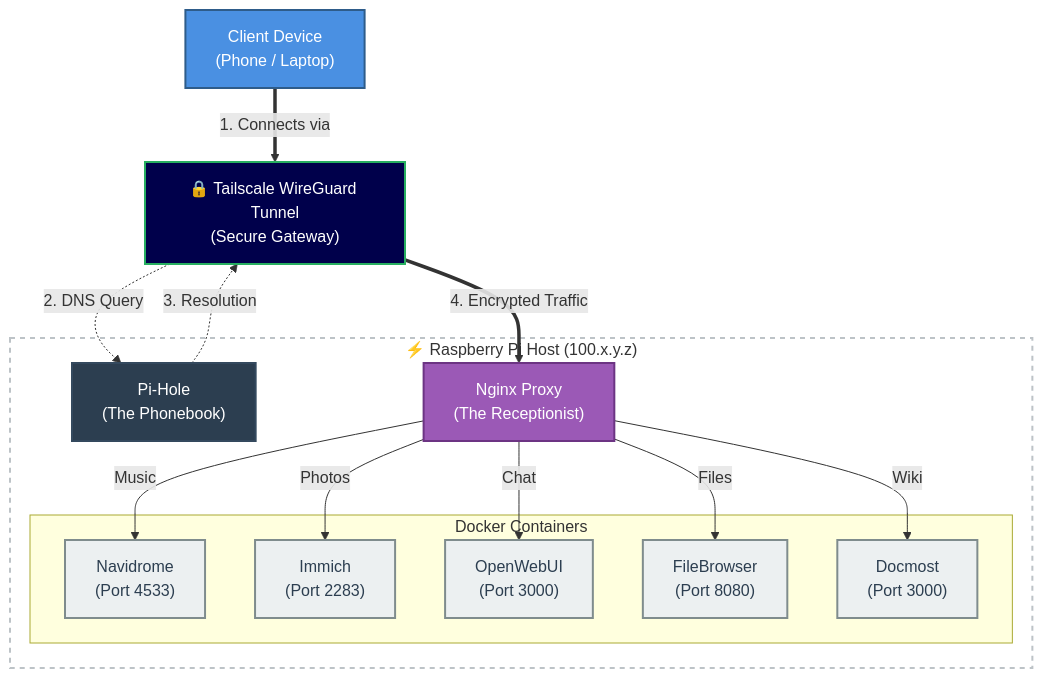
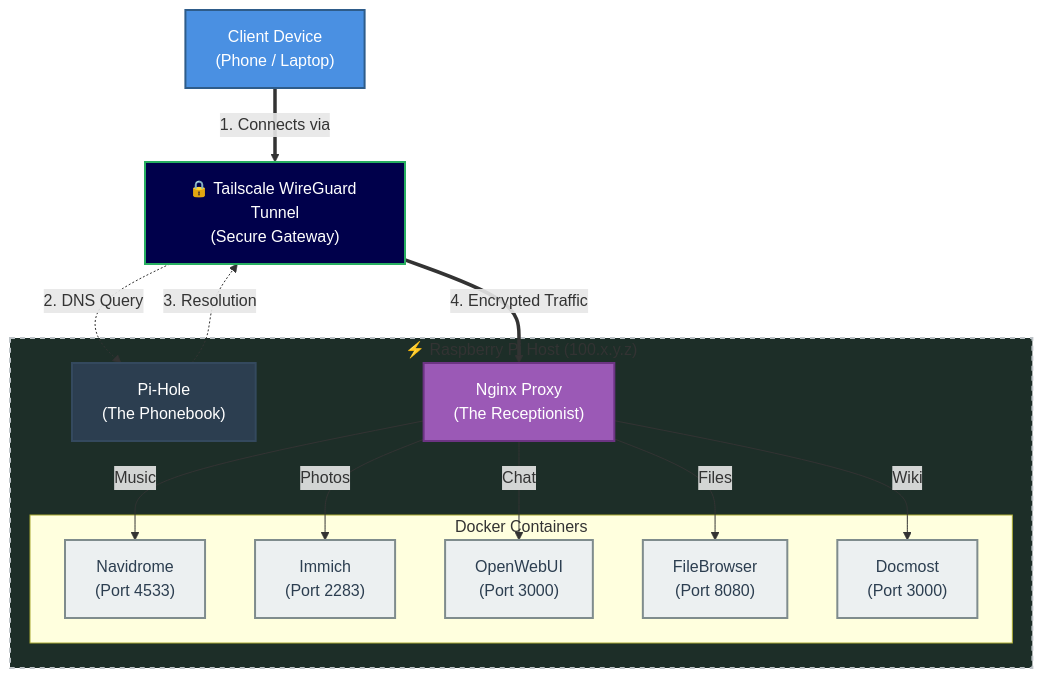
The diagram in README.md (spaceadler/homelab), drawn with Mermaid before and after one commit.

````diff
--- a/README.md
+++ b/README.md
@@ -55,52 +55,52 @@
 ```mermaid
 graph TD
     %% STYLING
     classDef client fill:#4A90E2,stroke:#2E5C8A,stroke-width:2px,color:#fff;
     classDef dns fill:#2C3E50,stroke:#34495E,stroke-width:2px,color:#fff;
     classDef proxy fill:#9B59B6,stroke:#6C3483,stroke-width:2px,color:#fff;
     classDef service fill:#ECF0F1,stroke:#7F8C8D,stroke-width:2px,color:#2C3E50;
     classDef vpn fill:#00004B,stroke:#27AE60,stroke-width:2px,color:#fff; 
-    classDef host fill:#ffffff,stroke:#BDC3C7,stroke-width:2px,stroke-dasharray: 5 5;
+    classDef host fill:#1D2E28,stroke:#BDC3C7,stroke-width:2px,stroke-dasharray: 5 5;
 
     %% NODES
     User["Client Device<br/>(Phone / Laptop)"]:::client
     
     %% THE VPN TUNNEL (The Box the phone goes through)
     VPN["🔒 Tailscale WireGuard Tunnel<br/>(Secure Gateway)"]:::vpn
 
     subgraph Host [" ⚡ Raspberry Pi Host (100.x.y.z) "]
         
         PiHole["Pi-Hole<br/>(The Phonebook)"]:::dns
         Nginx["Nginx Proxy<br/>(The Receptionist)"]:::proxy
         
         subgraph Containers [" Docker Containers "]
             Music["Navidrome<br/>(Port 4533)"]:::service
             Immich["Immich<br/>(Port 2283)"]:::service
             AI["OpenWebUI<br/>(Port 3000)"]:::service
             Files["FileBrowser<br/>(Port 8080)"]:::service
             Docs["Docmost<br/>(Port 3000)"]:::service
         end
     end
 
     %% LOGIC FLOW
     
     %% Step 1: The Secure Connection
     User ==>|"1. Connects via"| VPN
 
     %% Step 2: DNS (Through the Tunnel)
     VPN -.->|"2. DNS Query"| PiHole
     PiHole -.->|"3. Resolution"| VPN
 
     %% Step 3: Traffic (Through the Tunnel to Nginx)
     VPN ==>|"4. Encrypted Traffic"| Nginx
 
     %% Step 4: Internal Routing
     Nginx -->|"Music"| Music
     Nginx -->|"Photos"| Immich
     Nginx -->|"Chat"| AI
     Nginx -->|"Files"| Files
     Nginx -->|"Wiki"| Docs
 
     %% Style the Host box
     class Host host;
 ```
````
